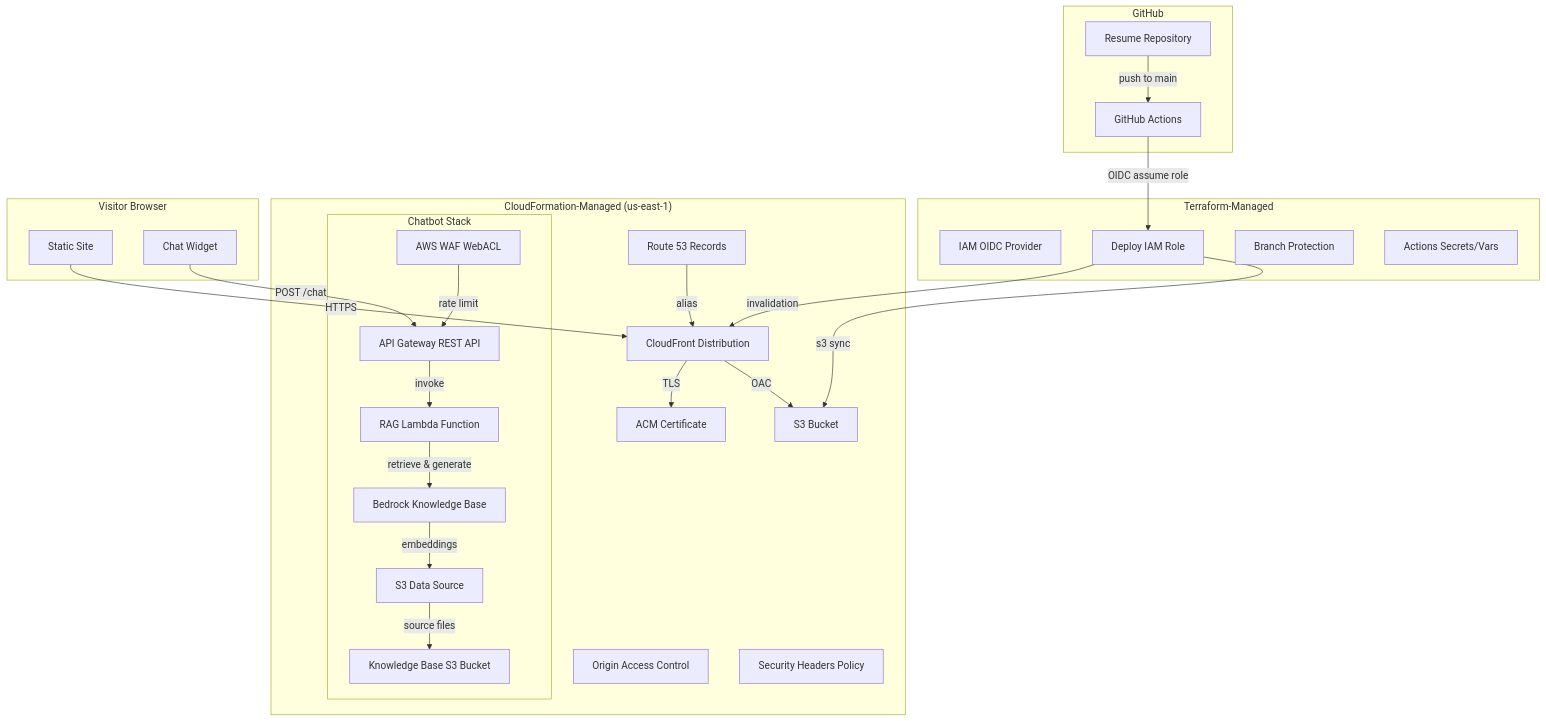
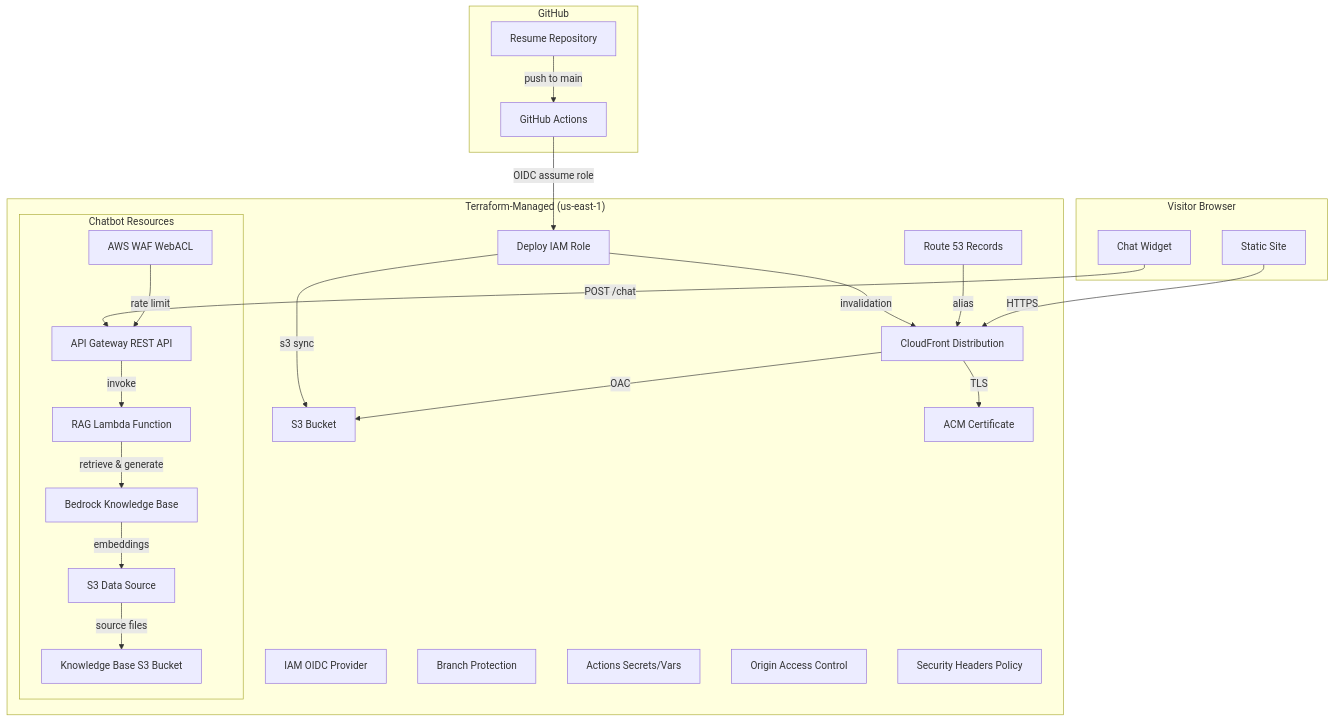
Before and after one commit to JacobSteelsmith/resume: the first of 2 diagrams in .kiro/specs/resume-site-iac/design.md, drawn with Mermaid. The commit also changed other lines of this file and 37 other files, not shown here.

````diff
--- a/.kiro/specs/resume-site-iac/design.md
+++ b/.kiro/specs/resume-site-iac/design.md
@@ -29,54 +28,52 @@
 ```mermaid
 graph TB
     subgraph "GitHub"
         REPO[Resume Repository]
         GHA[GitHub Actions]
     end
 
-    subgraph "Terraform-Managed"
+    subgraph "Terraform-Managed (us-east-1)"
         OIDC[IAM OIDC Provider]
         ROLE[Deploy IAM Role]
         BP[Branch Protection]
         SECRETS[Actions Secrets/Vars]
-    end
 
-    subgraph "CloudFormation-Managed (us-east-1)"
         S3[S3 Bucket]
         CF[CloudFront Distribution]
         OAC[Origin Access Control]
         ACM[ACM Certificate]
         R53[Route 53 Records]
         HEADERS[Security Headers Policy]
         
-        subgraph "Chatbot Stack"
+        subgraph "Chatbot Resources"
             APIGW[API Gateway REST API]
             WAF[AWS WAF WebACL]
             LAMBDA[RAG Lambda Function]
             KB[Bedrock Knowledge Base]
             DS[S3 Data Source]
             KBS3[Knowledge Base S3 Bucket]
         end
     end
 
     subgraph "Visitor Browser"
         SITE[Static Site]
         WIDGET[Chat Widget]
     end
 
     REPO -->|push to main| GHA
     GHA -->|OIDC assume role| ROLE
     ROLE -->|s3 sync| S3
     ROLE -->|invalidation| CF
     
     CF -->|OAC| S3
     CF -->|TLS| ACM
     R53 -->|alias| CF
     
     SITE -->|HTTPS| CF
     WIDGET -->|POST /chat| APIGW
     WAF -->|rate limit| APIGW
     APIGW -->|invoke| LAMBDA
     LAMBDA -->|retrieve & generate| KB
     KB -->|embeddings| DS
     DS -->|source files| KBS3
 ```
````
